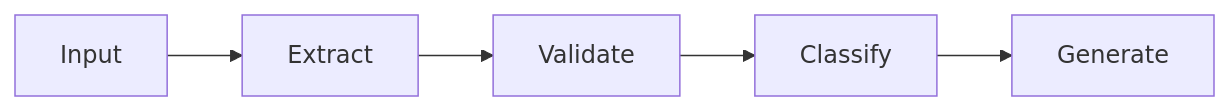
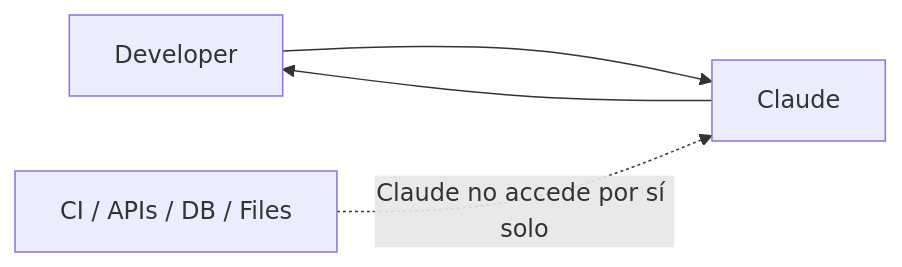
Before and after one commit to franciscogarcia-sys/guia-estudio-claude-ccar-f-bitlogic: the first of 12 diagrams in 02-agentic-architecture-foundations/README.md, drawn with Mermaid. The commit also changed other lines of this file, not shown here.

````diff
--- a/02-agentic-architecture-foundations/README.md
+++ b/02-agentic-architecture-foundations/README.md
@@ -66,7 +58,7 @@
 ```mermaid
 flowchart LR
-    A[Input] --> B[Extract]
-    B --> C[Validate]
-    C --> D[Classify]
-    D --> E[Generate]
+    U[Developer] --> C[Claude]
+    C --> U
+
+    X[CI / APIs / DB / Files] -. "Claude no accede por sí solo" .-> C
 ```
````
